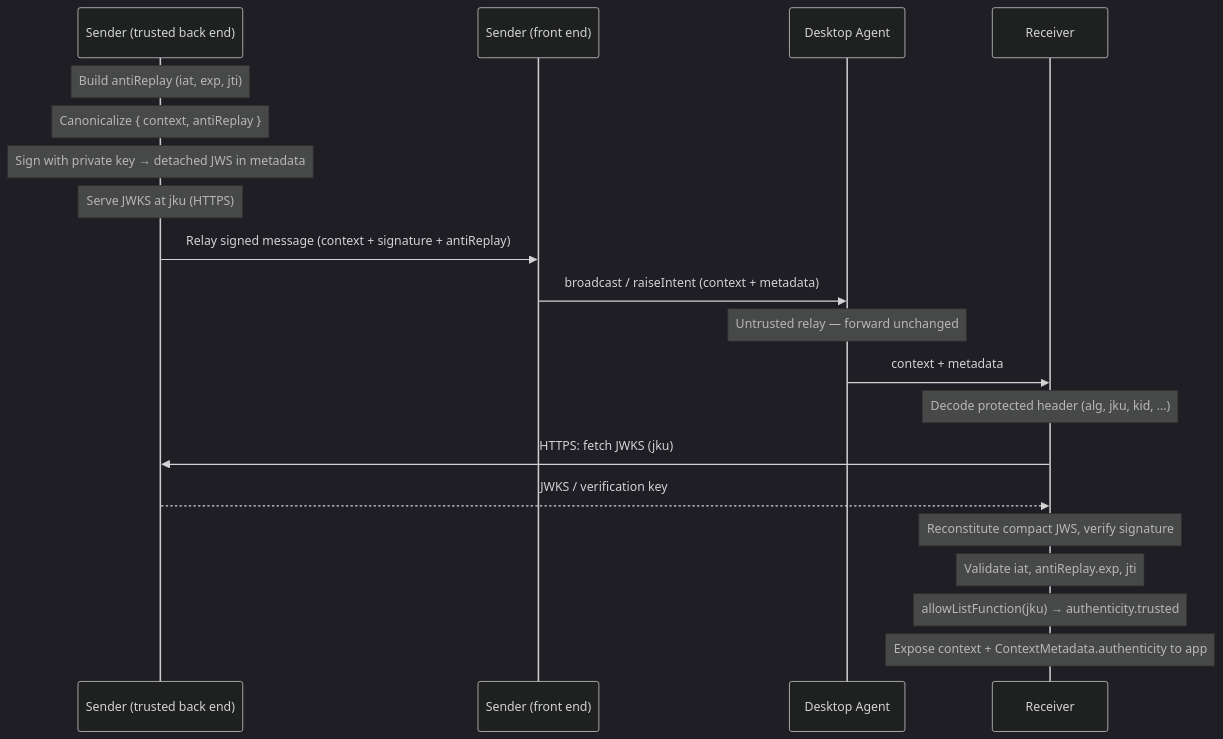
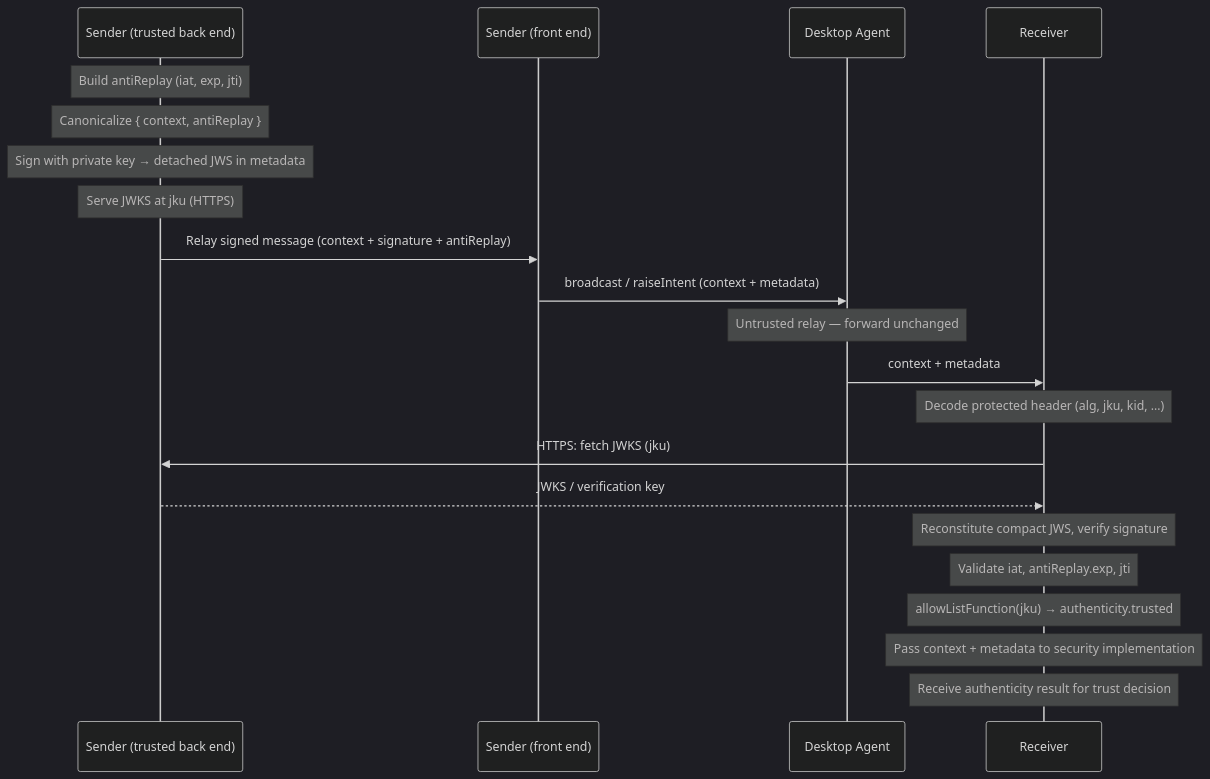
Before and after one commit to finos/FDC3: the third of 5 diagrams in website/docs/api/security.md, drawn with Mermaid (dark theme). The commit also changed other lines of this file and 3 other files, not shown here.

````diff
--- a/website/docs/api/security.md
+++ b/website/docs/api/security.md
@@ -299,27 +338,28 @@
 ```mermaid
 sequenceDiagram
     participant SBE as Sender (trusted back end)
     participant SFE as Sender (front end)
     participant DA as Desktop Agent
     participant R as Receiver
 
     Note over SBE: Build antiReplay (iat, exp, jti)
     Note over SBE: Canonicalize { context, antiReplay }
     Note over SBE: Sign with private key → detached JWS in metadata
     Note over SBE: Serve JWKS at jku (HTTPS)
 
     SBE->>SFE: Relay signed message (context + signature + antiReplay)
     SFE->>DA: broadcast / raiseIntent (context + metadata)
     Note over DA: Untrusted relay — forward unchanged
     DA->>R: context + metadata
 
     Note over R: Decode protected header (alg, jku, kid, …)
     R->>SBE: HTTPS: fetch JWKS (jku)
     SBE-->>R: JWKS / verification key
 
     Note over R: Reconstitute compact JWS, verify signature
     Note over R: Validate iat, antiReplay.exp, jti
     Note over R: allowListFunction(jku) → authenticity.trusted
 
-    Note over R: Expose context + ContextMetadata.authenticity to app
+    Note over R: Pass context + metadata to security implementation
+    Note over R: Receive authenticity result for trust decision
 ```
````
